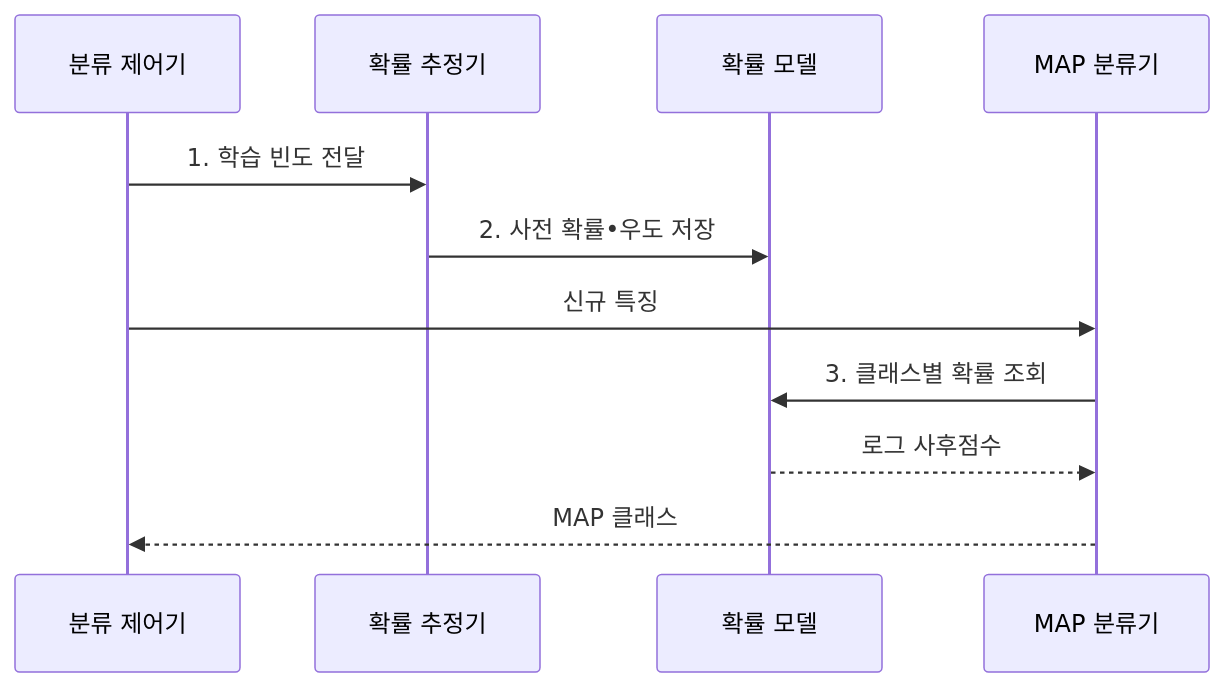
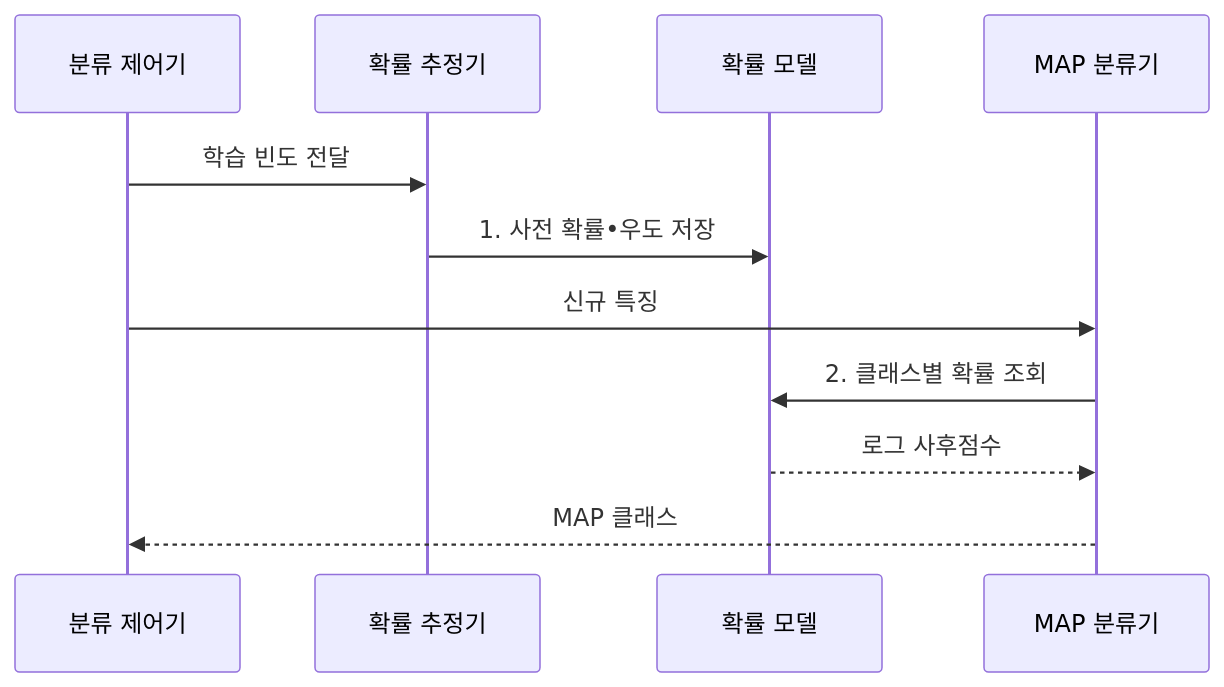
One commit to agnusdei1207/knowledge-base changed the second of 2 diagrams in src/content/docs/notes/01-basic-theory/051_naive_bayes.md. Above: the diagram before and after it, drawn with Mermaid. The commit also changed other lines of this file and 14 other files, not shown here.

````diff
--- a/src/content/docs/notes/01-basic-theory/051_naive_bayes.md
+++ b/src/content/docs/notes/01-basic-theory/051_naive_bayes.md
@@ -81,13 +81,13 @@
 ```mermaid
 sequenceDiagram
     participant T as 분류 제어기
     participant E as 확률 추정기
     participant M as 확률 모델
     participant C as MAP 분류기
-    T->>E: 1. 학습 빈도 전달
-    E->>M: 2. 사전 확률•우도 저장
+    T->>E: 학습 빈도 전달
+    E->>M: 1. 사전 확률•우도 저장
     T->>C: 신규 특징
-    C->>M: 3. 클래스별 확률 조회
+    C->>M: 2. 클래스별 확률 조회
     M-->>C: 로그 사후점수
     C-->>T: MAP 클래스
 ```
````
